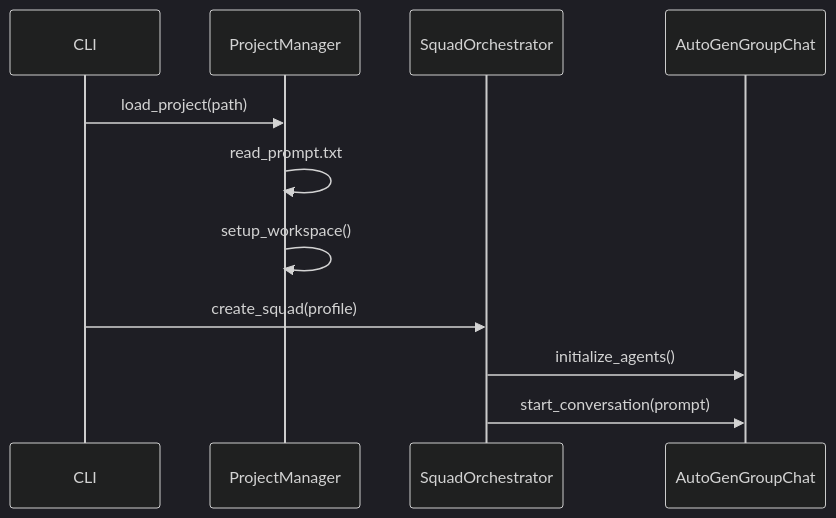
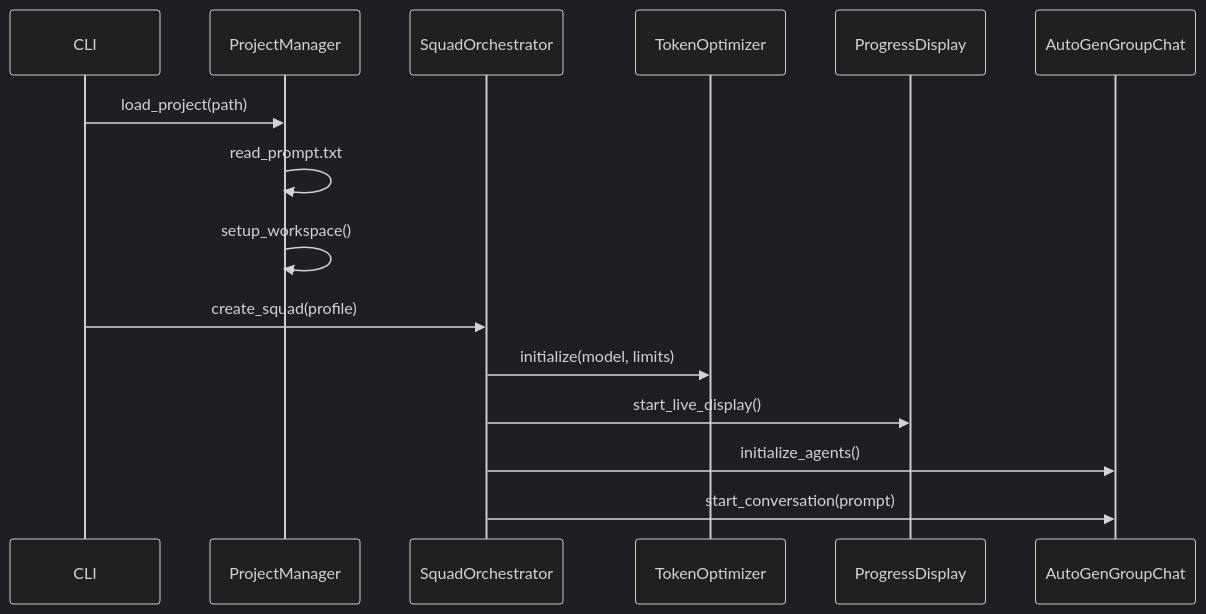
One commit to Dryspell/AutoSquad changed the first of 3 diagrams in ARCHITECTURE.md. Above: the diagram before and after it, drawn with Mermaid (dark theme). The commit also changed other lines of this file and 13 other files, not shown here.

````diff
--- a/ARCHITECTURE.md
+++ b/ARCHITECTURE.md
@@ -146,14 +180,18 @@
 ```mermaid
 sequenceDiagram
     participant CLI
     participant ProjectManager
     participant SquadOrchestrator
+    participant TokenOptimizer
+    participant ProgressDisplay
     participant AutoGenGroupChat
     
     CLI->>ProjectManager: load_project(path)
     ProjectManager->>ProjectManager: read_prompt.txt
     ProjectManager->>ProjectManager: setup_workspace()
     CLI->>SquadOrchestrator: create_squad(profile)
+    SquadOrchestrator->>TokenOptimizer: initialize(model, limits)
+    SquadOrchestrator->>ProgressDisplay: start_live_display()
     SquadOrchestrator->>AutoGenGroupChat: initialize_agents()
     SquadOrchestrator->>AutoGenGroupChat: start_conversation(prompt)
 ```
````
